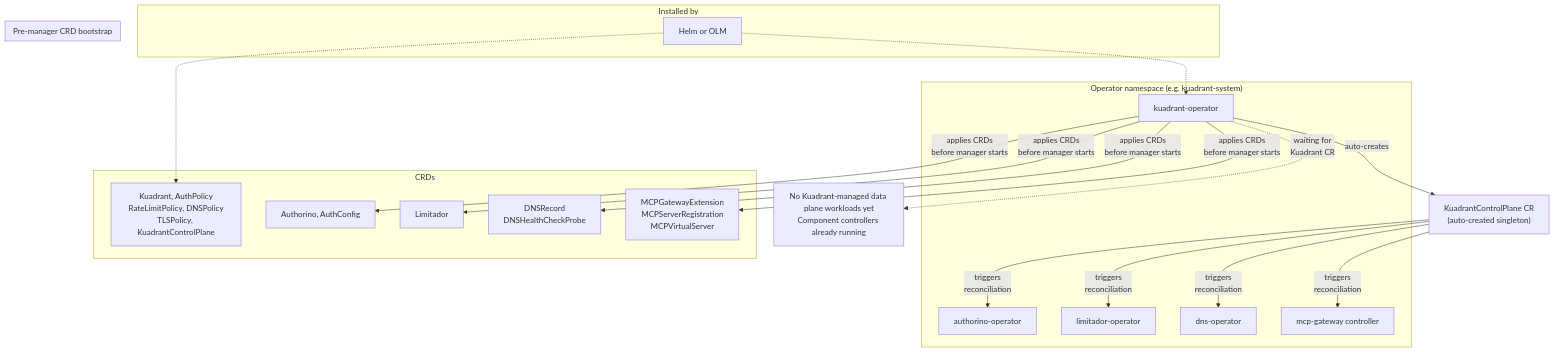
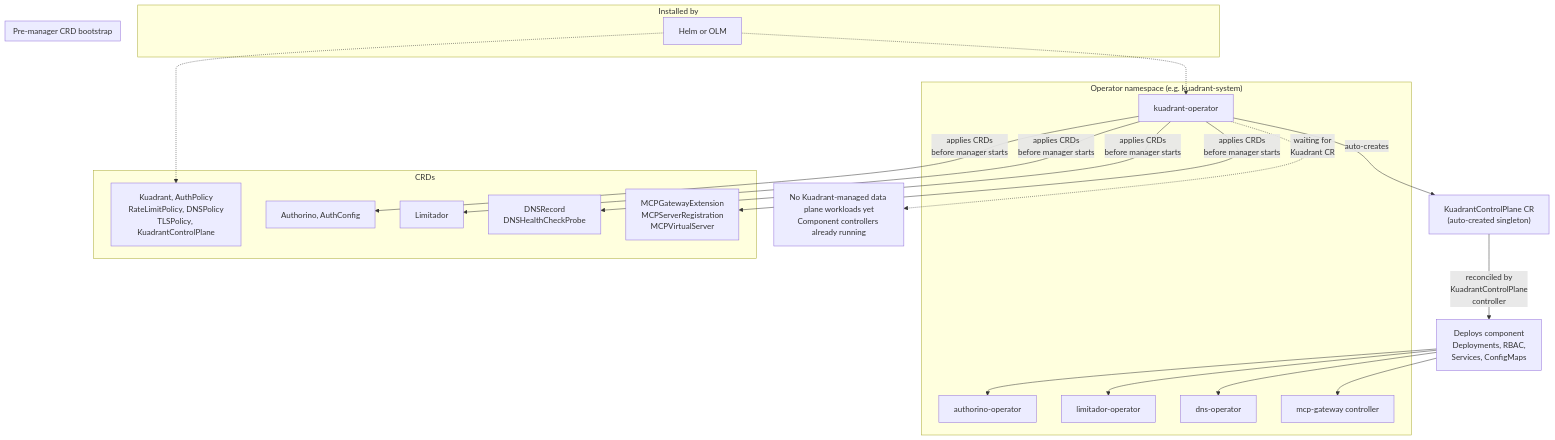
One commit to Kuadrant/architecture changed the third of 6 diagrams in rfcs/0019-olmv1-operator-consolidation/architecture-diagrams.md. Above: the diagram before and after it, drawn with Mermaid. The commit also changed other lines of this file, not shown here.

First line of the commit message:
fix: update architecture diagrams for review findings

````diff
--- a/rfcs/0019-olmv1-operator-consolidation/architecture-diagrams.md
+++ b/rfcs/0019-olmv1-operator-consolidation/architecture-diagrams.md
@@ -60,40 +60,41 @@
 ```mermaid
 graph TB
     subgraph operator-ns["Operator namespace (e.g. kuadrant-system)"]
         KOP["kuadrant-operator"]
         AO["authorino-operator"]
         LO["limitador-operator"]
         DO["dns-operator"]
         MG["mcp-gateway controller"]
     end
 
     subgraph crds["CRDs"]
         K_CRD["Kuadrant, AuthPolicy<br/>RateLimitPolicy, DNSPolicy<br/>TLSPolicy, KuadrantControlPlane"]
         A_CRD["Authorino, AuthConfig"]
         L_CRD["Limitador"]
         D_CRD["DNSRecord<br/>DNSHealthCheckProbe"]
         M_CRD["MCPGatewayExtension<br/>MCPServerRegistration<br/>MCPVirtualServer"]
     end
 
     KCP["KuadrantControlPlane CR<br/>(auto-created singleton)"]
 
     subgraph installed-by["Installed by"]
         INSTALLER["Helm or OLM"] -.-> K_CRD
         INSTALLER -.-> KOP
     end
 
     subgraph bootstrap["Pre-manager CRD bootstrap"]
         KOP -->|"applies CRDs<br/>before manager starts"| A_CRD
         KOP -->|"applies CRDs<br/>before manager starts"| L_CRD
         KOP -->|"applies CRDs<br/>before manager starts"| D_CRD
         KOP -->|"applies CRDs<br/>before manager starts"| M_CRD
     end
 
     KOP -->|"auto-creates"| KCP
-    KCP -->|"triggers<br/>reconciliation"| AO
-    KCP -->|"triggers<br/>reconciliation"| LO
-    KCP -->|"triggers<br/>reconciliation"| DO
-    KCP -->|"triggers<br/>reconciliation"| MG
+    KCP -->|"reconciled by<br/>KuadrantControlPlane<br/>controller"| DEPLOY["Deploys component<br/>Deployments, RBAC,<br/>Services, ConfigMaps"]
+    DEPLOY --> AO
+    DEPLOY --> LO
+    DEPLOY --> DO
+    DEPLOY --> MG
 
     KOP -.->|"waiting for<br/>Kuadrant CR"| IDLE["No Kuadrant-managed data plane workloads yet<br/>Component controllers already running"]
 ```
````
